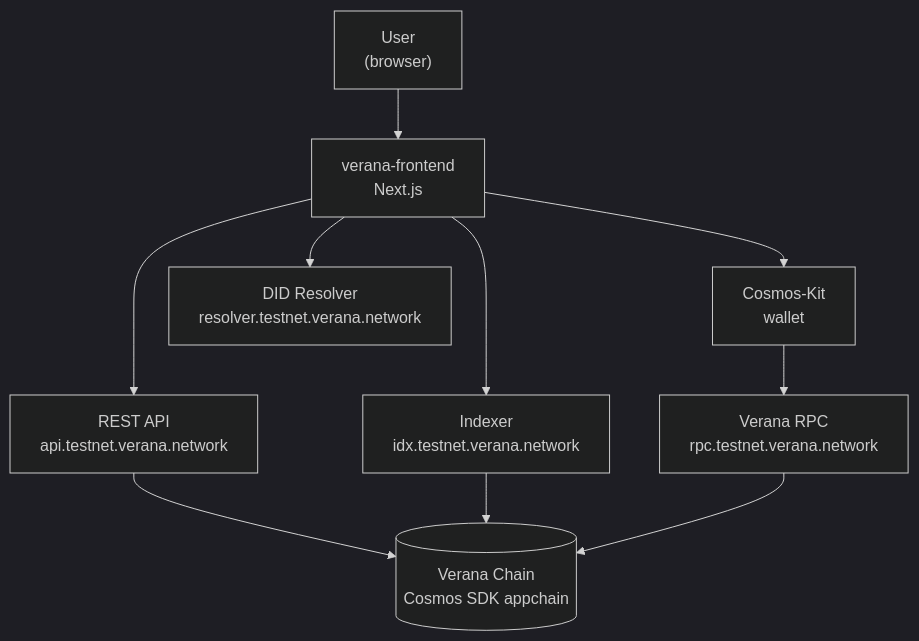
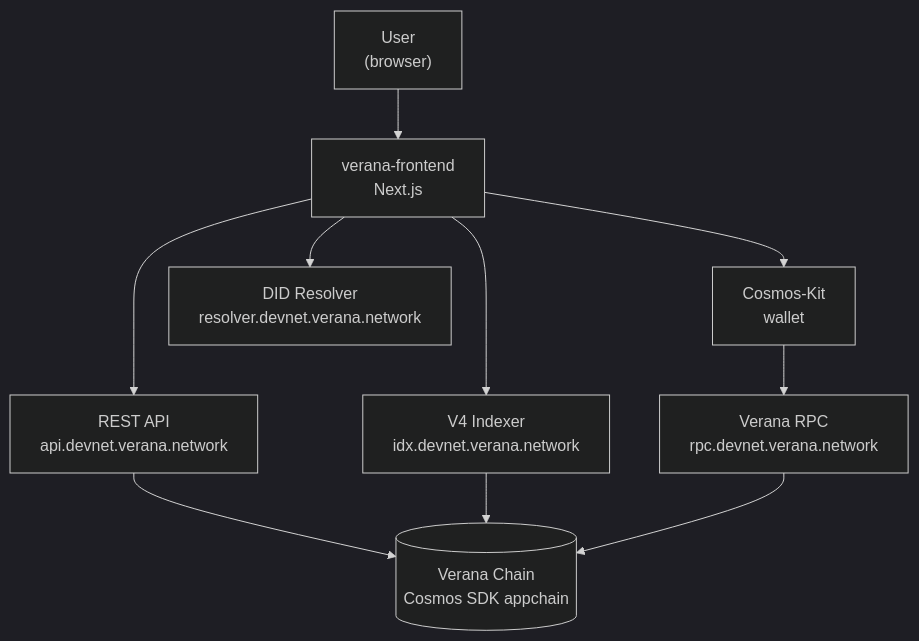
Before and after one commit to verana-labs/verana-frontend: the diagram in README.md, drawn with Mermaid (dark theme). The commit also changed other lines of this file and 209 other files, not shown here.

````diff
--- a/README.md
+++ b/README.md
@@ -56,13 +56,13 @@
 ```mermaid
 flowchart TD
     user["User<br/>(browser)"]
     user --> fe["verana-frontend<br/>Next.js"]
     fe --> wallet["Cosmos-Kit<br/>wallet"]
-    fe --> rest["REST API<br/>api.testnet.verana.network"]
-    fe --> idx["Indexer<br/>idx.testnet.verana.network"]
-    fe --> resolver["DID Resolver<br/>resolver.testnet.verana.network"]
-    wallet --> rpc["Verana RPC<br/>rpc.testnet.verana.network"]
+    fe --> rest["REST API<br/>api.devnet.verana.network"]
+    fe --> idx["V4 Indexer<br/>idx.devnet.verana.network"]
+    fe --> resolver["DID Resolver<br/>resolver.devnet.verana.network"]
+    wallet --> rpc["Verana RPC<br/>rpc.devnet.verana.network"]
     rest --> chain[("Verana Chain<br/>Cosmos SDK appchain")]
     idx --> chain
     rpc --> chain
 ```
````
